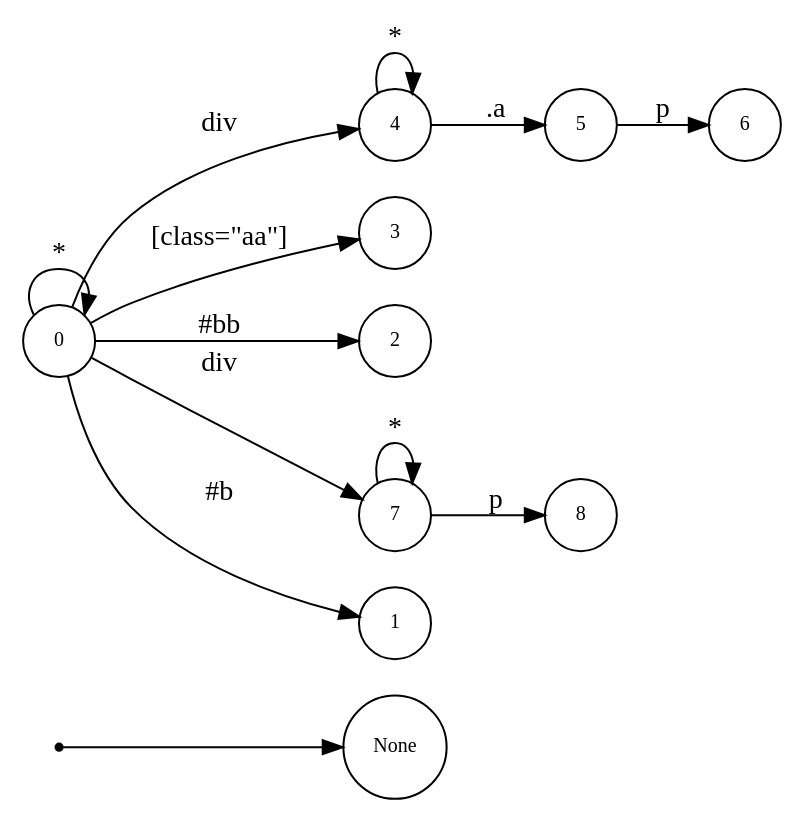
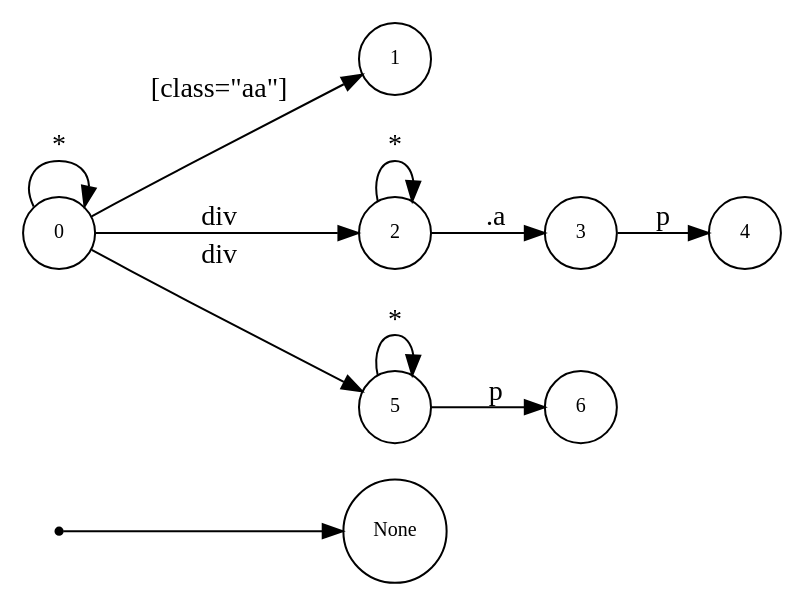
Before and after one commit to asukaminato0721/css-bitvector-compiler: the diagram in css-gen-op/testcase/dot_quad.dot, drawn with Graphviz. The commit also changed 62 other files, not shown here.

```diff
--- a/css-gen-op/testcase/dot_quad.dot
+++ b/css-gen-op/testcase/dot_quad.dot
@@ -1,27 +1,23 @@
 digraph NFA {
   rankdir=LR;
   node [shape=circle, fontsize=10];
   __start [shape=point, label=""];
   __start -> None;
+  1 [label="1"];
+  2 [label="2"];
+  3 [label="3"];
+  0 [label="0"];
   4 [label="4"];
-  0 [label="0"];
   5 [label="5"];
-  3 [label="3"];
-  8 [label="8"];
-  2 [label="2"];
-  7 [label="7"];
   6 [label="6"];
-  1 [label="1"];
-  { node [shape=doublecircle]; 1 2 3 6 8 }
+  { node [shape=doublecircle]; 1 4 6 }
   0 -> 0 [label="*"];
-  0 -> 1 [label="#b"];
-  0 -> 2 [label="#bb"];
-  0 -> 3 [label="[class=\"aa\"]"];
-  0 -> 4 [label="div"];
-  4 -> 4 [label="*"];
-  4 -> 5 [label=".a"];
+  0 -> 1 [label="[class=\"aa\"]"];
+  0 -> 2 [label="div"];
+  2 -> 2 [label="*"];
+  2 -> 3 [label=".a"];
+  3 -> 4 [label="p"];
+  0 -> 5 [label="div"];
+  5 -> 5 [label="*"];
   5 -> 6 [label="p"];
-  0 -> 7 [label="div"];
-  7 -> 7 [label="*"];
-  7 -> 8 [label="p"];
 }
```
